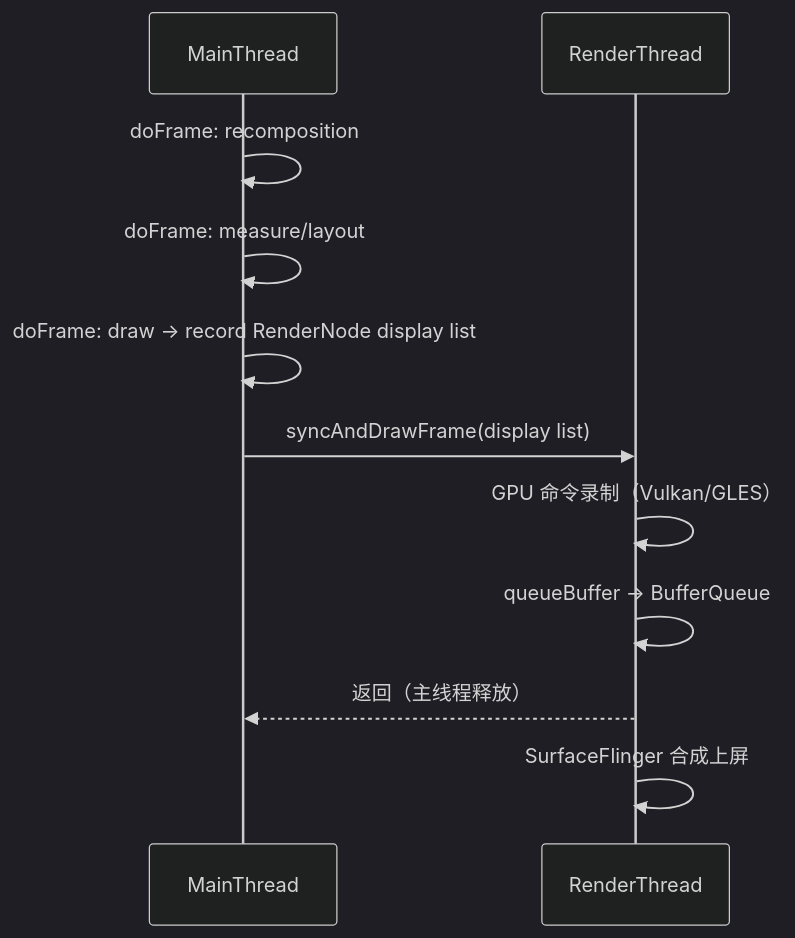
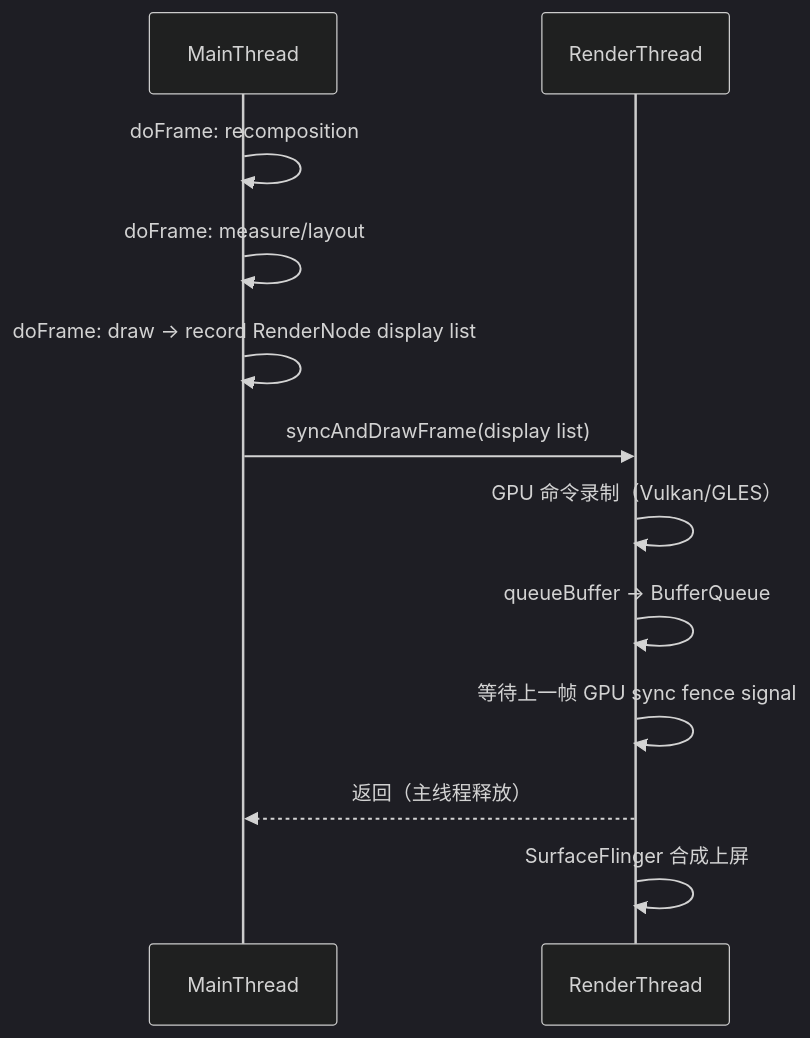
One commit to Gracker/android-internals-wiki changed the second of 2 diagrams in src/part2-performance/ch18-rendering-pipelines/25-compose-rendering-pipeline.md. Above: the diagram before and after it, drawn with Mermaid (dark theme). The commit also changed other lines of this file and 1 other file, not shown here.

````diff
--- a/src/part2-performance/ch18-rendering-pipelines/25-compose-rendering-pipeline.md
+++ b/src/part2-performance/ch18-rendering-pipelines/25-compose-rendering-pipeline.md
@@ -255,14 +272,15 @@
 ```mermaid
 sequenceDiagram
     participant MT as MainThread
     participant RT as RenderThread
     
     MT->>MT: doFrame: recomposition
     MT->>MT: doFrame: measure/layout
     MT->>MT: doFrame: draw → record RenderNode display list
     MT->>RT: syncAndDrawFrame(display list)
     RT->>RT: GPU 命令录制（Vulkan/GLES）
     RT->>RT: queueBuffer → BufferQueue
+    RT->>RT: 等待上一帧 GPU sync fence signal
     RT-->>MT: 返回（主线程释放）
     RT->>RT: SurfaceFlinger 合成上屏
 ```
````
